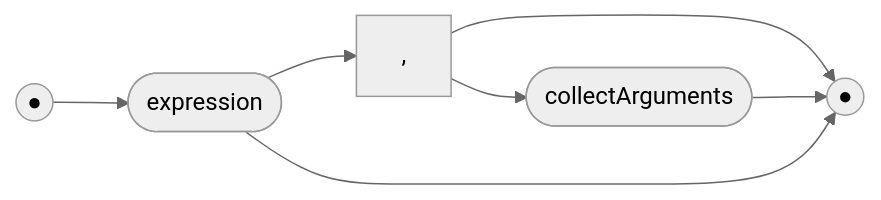
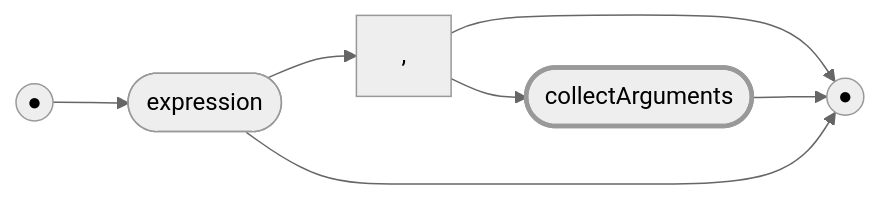
Before and after one commit to billhails/CEKF: diagram 30 of 59 in docs/railroad.md, drawn with Mermaid (neutral theme). The commit also changed other lines of this file, not shown here.

````diff
--- a/docs/railroad.md
+++ b/docs/railroad.md
@@ -446,10 +479,11 @@
 ```mermaid
 flowchart LR
+classDef rec stroke-width:3px;
 s(("●"))
 e(("●"))
 s --> ep([expression])
 ep --> comma[","]
 comma --> e
-comma --> ca([collectArguments]) --> e
+comma --> ca([collectArguments]):::rec --> e
 ep --> e
 ```
````
